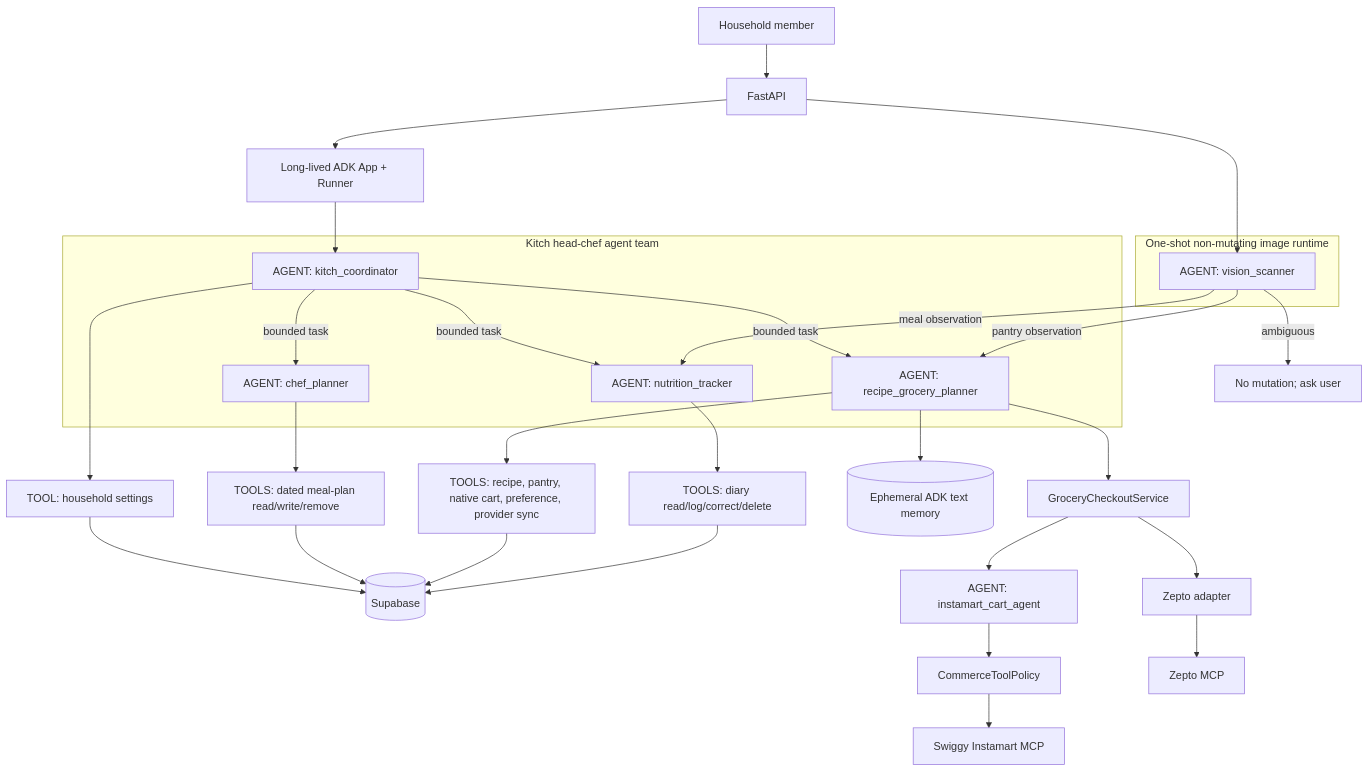
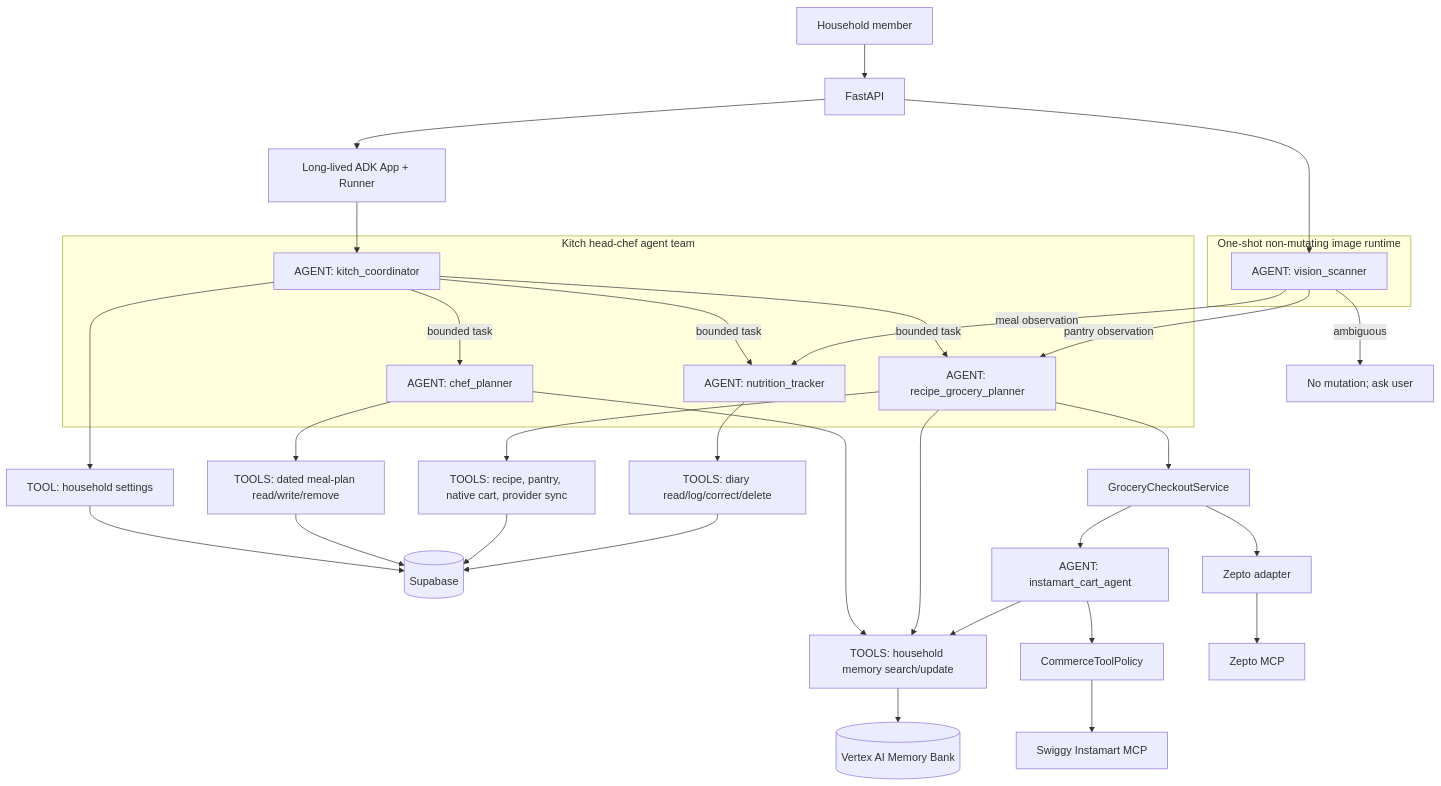
One commit to architworks/meal_and_grocery_agent changed the diagram in docs/ai_agent_topology.md. Above: the diagram before and after it, drawn with Mermaid. The commit also changed other lines of this file and 23 other files, not shown here.

First line of the commit message:
feat(memory): migrate household preferences to Vertex AI Memory Bank

````diff
--- a/docs/ai_agent_topology.md
+++ b/docs/ai_agent_topology.md
@@ -7,37 +7,40 @@
 ```mermaid
 flowchart TB
     User[Household member] --> API[FastAPI]
     API --> MainRunner[Long-lived ADK App + Runner]
     subgraph Team[Kitch head-chef agent team]
         Coordinator[AGENT: kitch_coordinator]
         Chef[AGENT: chef_planner]
         Recipe[AGENT: recipe_grocery_planner]
         Nutrition[AGENT: nutrition_tracker]
         Coordinator -->|bounded task| Chef
         Coordinator -->|bounded task| Recipe
         Coordinator -->|bounded task| Nutrition
     end
     MainRunner --> Coordinator
     Coordinator --> Settings[TOOL: household settings]
     Chef --> MealTools[TOOLS: dated meal-plan read/write/remove]
-    Recipe --> KitchenTools[TOOLS: recipe, pantry, native cart, preference, provider sync]
+    Recipe --> KitchenTools[TOOLS: recipe, pantry, native cart, provider sync]
     Nutrition --> NutritionTools[TOOLS: diary read/log/correct/delete]
     Settings --> Supabase[(Supabase)]
     MealTools --> Supabase
     KitchenTools --> Supabase
     NutritionTools --> Supabase
-    Recipe --> Memory[(Ephemeral ADK text memory)]
+    Chef --> MemoryTools[TOOLS: household memory search/update]
+    Recipe --> MemoryTools
+    MemoryTools --> Memory[(Vertex AI Memory Bank)]
     subgraph VisionRuntime[One-shot non-mutating image runtime]
         Vision[AGENT: vision_scanner]
     end
     API --> Vision
     Vision -->|meal observation| Nutrition
     Vision -->|pantry observation| Recipe
     Vision -->|ambiguous| Clarify[No mutation; ask user]
     Recipe --> Checkout[GroceryCheckoutService]
     Checkout --> InstamartAgent[AGENT: instamart_cart_agent]
+    InstamartAgent --> MemoryTools
     InstamartAgent --> Policy[CommerceToolPolicy]
     Policy --> InstamartMCP[Swiggy Instamart MCP]
     Checkout --> ZeptoAdapter[Zepto adapter]
     ZeptoAdapter --> ZeptoMCP[Zepto MCP]
 ```
````
